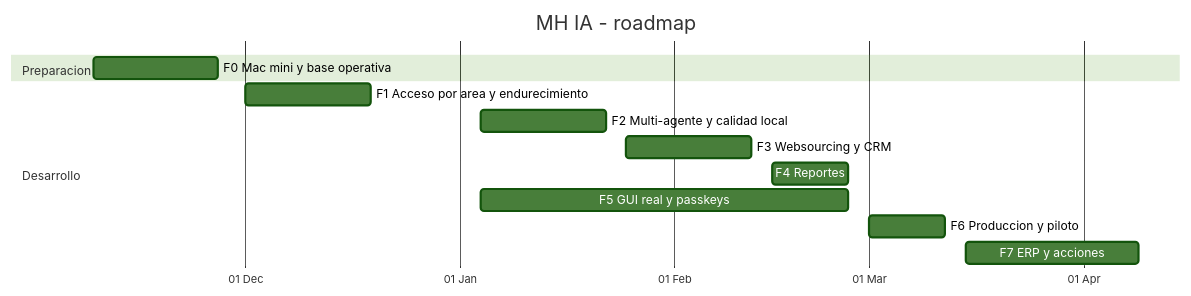
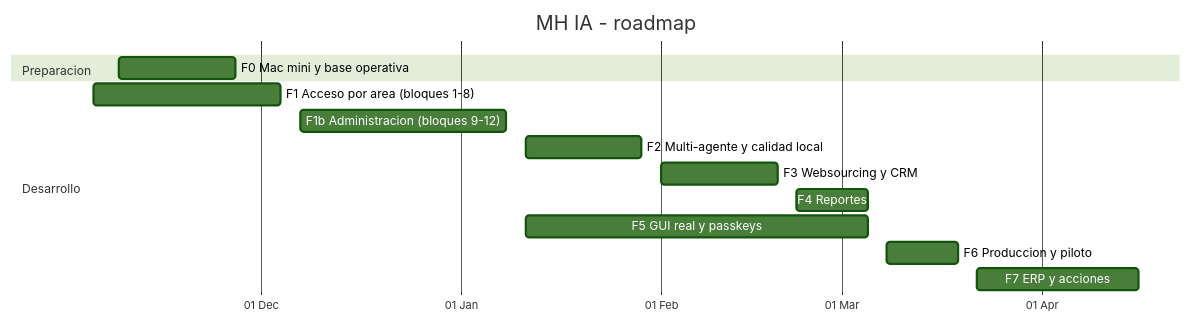
The second of 2 diagrams in docs/PLAN-MAESTRO.md (machinery-hunters/MH-IA), drawn with Mermaid (forest theme) before and after one commit. The commit also changed other lines of this file, not shown here.

````diff
--- a/docs/PLAN-MAESTRO.md
+++ b/docs/PLAN-MAESTRO.md
@@ -703,16 +781,17 @@
 ```mermaid
 gantt
   title MH IA - roadmap
   dateFormat YYYY-MM-DD
   axisFormat %d %b
   section Preparacion
   F0 Mac mini y base operativa      :f0, 2026-11-09, 2026-11-27
   section Desarrollo
-  F1 Acceso por area y endurecimiento :f1, 2026-12-01, 2026-12-19
-  F2 Multi-agente y calidad local     :f2, 2027-01-04, 2027-01-22
-  F3 Websourcing y CRM                :f3, 2027-01-25, 2027-02-12
-  F4 Reportes                         :f4, 2027-02-15, 2027-02-26
-  F5 GUI real y passkeys              :f5, 2027-01-04, 2027-02-26
-  F6 Produccion y piloto              :f6, 2027-03-01, 2027-03-12
-  F7 ERP y acciones                   :f7, 2027-03-15, 2027-04-09
+  F1 Acceso por area (bloques 1-8)    :f1, 2026-11-05, 2026-12-04
+  F1b Administracion (bloques 9-12)   :f1b, 2026-12-07, 2027-01-08
+  F2 Multi-agente y calidad local     :f2, 2027-01-11, 2027-01-29
+  F3 Websourcing y CRM                :f3, 2027-02-01, 2027-02-19
+  F4 Reportes                         :f4, 2027-02-22, 2027-03-05
+  F5 GUI real y passkeys              :f5, 2027-01-11, 2027-03-05
+  F6 Produccion y piloto              :f6, 2027-03-08, 2027-03-19
+  F7 ERP y acciones                   :f7, 2027-03-22, 2027-04-16
 ```
````
